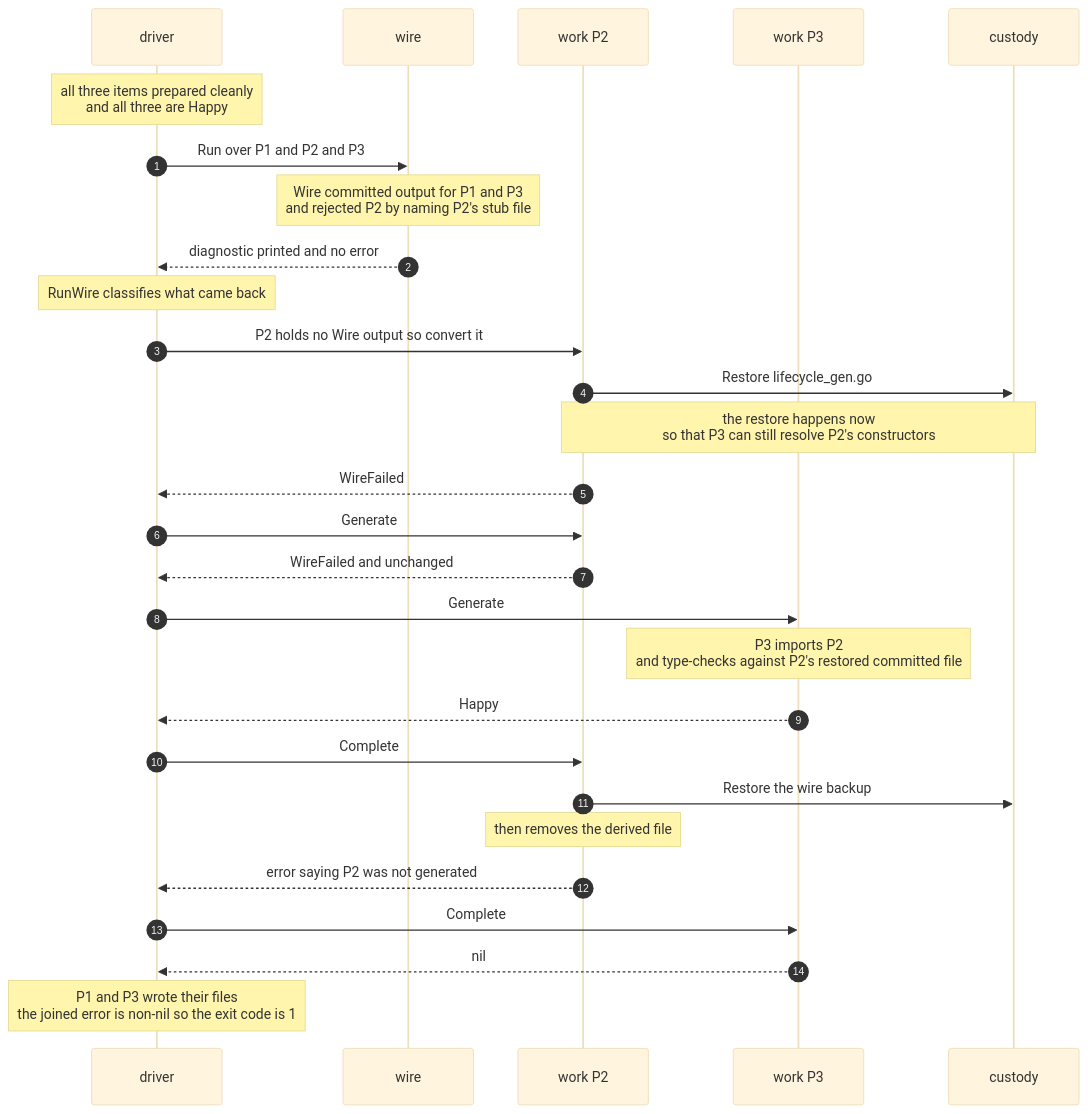
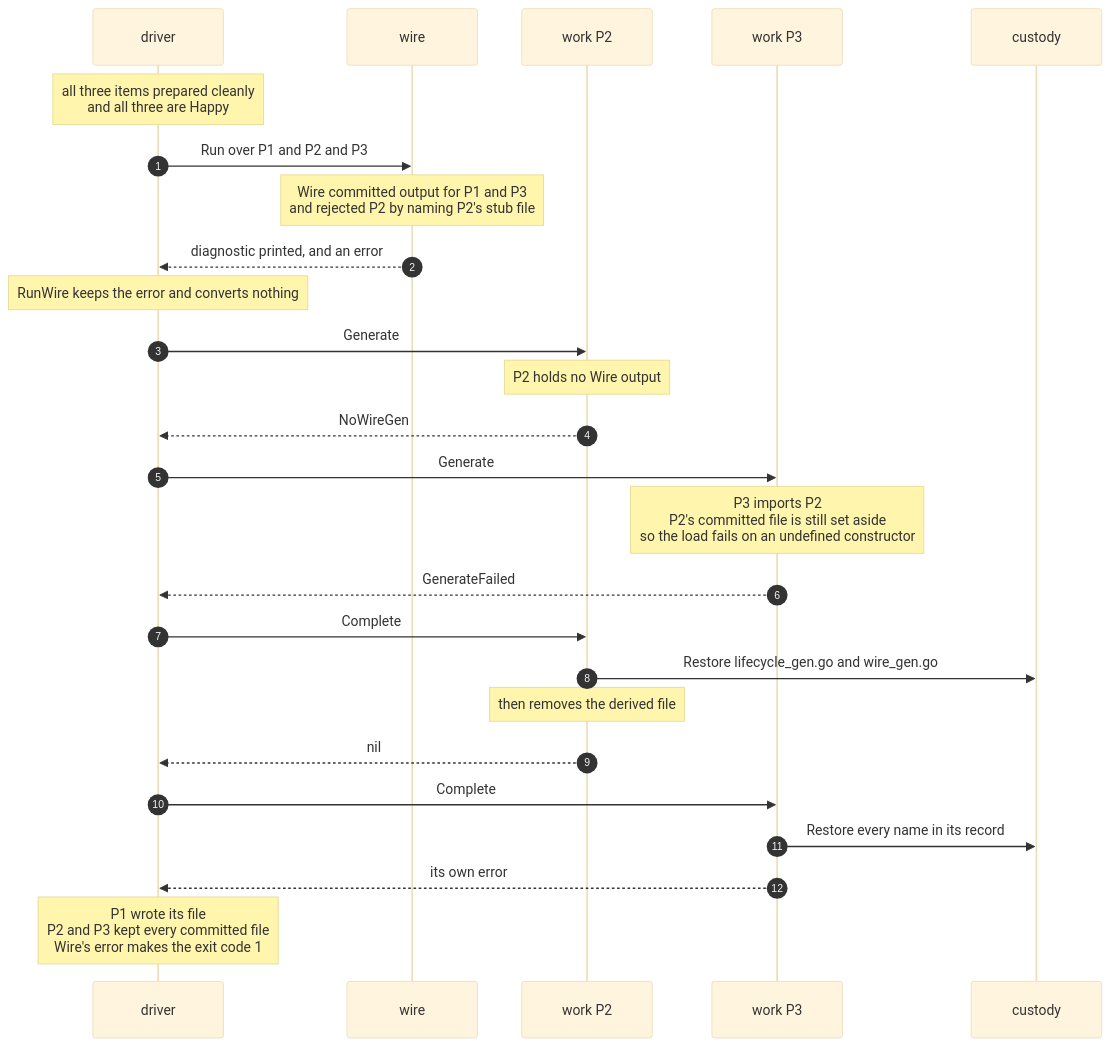
One commit to livetribe/yama changed the fourth of 7 diagrams in docs/generator-architecture.md. Above: the diagram before and after it, drawn with Mermaid (base theme). The commit also changed other lines of this file and 66 other files, not shown here.

````diff
--- a/docs/generator-architecture.md
+++ b/docs/generator-architecture.md
@@ -430,31 +445,29 @@
 ```mermaid
 sequenceDiagram
     autonumber
     participant DRV as driver
     participant WIR as wire
     participant W2 as work P2
     participant W3 as work P3
     participant CUS as custody
 
     Note over DRV: all three items prepared cleanly<br/>and all three are Happy
     DRV->>WIR: Run over P1 and P2 and P3
     Note over WIR: Wire committed output for P1 and P3<br/>and rejected P2 by naming P2's stub file
-    WIR-->>DRV: diagnostic printed and no error
-    Note over DRV: RunWire classifies what came back
-    DRV->>W2: P2 holds no Wire output so convert it
-    W2->>CUS: Restore lifecycle_gen.go
-    Note over W2,CUS: the restore happens now<br/>so that P3 can still resolve P2's constructors
-    W2-->>DRV: WireFailed
+    WIR-->>DRV: diagnostic printed, and an error
+    Note over DRV: RunWire keeps the error and converts nothing
     DRV->>W2: Generate
-    W2-->>DRV: WireFailed and unchanged
+    Note over W2: P2 holds no Wire output
+    W2-->>DRV: NoWireGen
     DRV->>W3: Generate
-    Note over W3: P3 imports P2<br/>and type-checks against P2's restored committed file
-    W3-->>DRV: Happy
+    Note over W3: P3 imports P2<br/>P2's committed file is still set aside<br/>so the load fails on an undefined constructor
+    W3-->>DRV: GenerateFailed
     DRV->>W2: Complete
-    W2->>CUS: Restore the wire backup
+    W2->>CUS: Restore lifecycle_gen.go and wire_gen.go
     Note over W2: then removes the derived file
-    W2-->>DRV: error saying P2 was not generated
+    W2-->>DRV: nil
     DRV->>W3: Complete
-    W3-->>DRV: nil
-    Note over DRV: P1 and P3 wrote their files<br/>the joined error is non-nil so the exit code is 1
+    W3->>CUS: Restore every name in its record
+    W3-->>DRV: its own error
+    Note over DRV: P1 wrote its file<br/>P2 and P3 kept every committed file<br/>Wire's error makes the exit code 1
 ```
````
